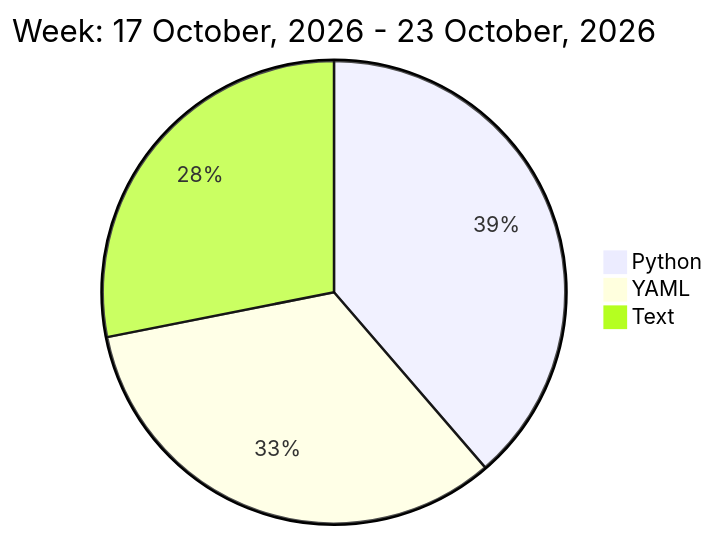
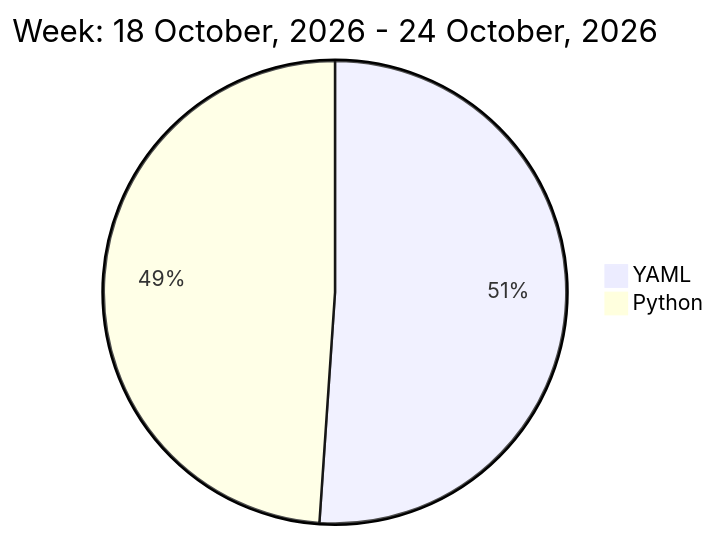
One commit to liubin95/liubin95 changed the diagram in README.md. Above: the diagram before and after it, drawn with Mermaid.

Commit message:
Updated the Graph with new Metrics

````diff
--- a/README.md
+++ b/README.md
@@ -32,7 +32,6 @@
 ```mermaid
  pie
-title Week: 17 October, 2026 - 23 October, 2026
+title Week: 18 October, 2026 - 24 October, 2026
+ "YAML" : 2.37
  "Python" : 2.27
- "YAML" : 1.95
- "Text" : 1.65
 ```
````
